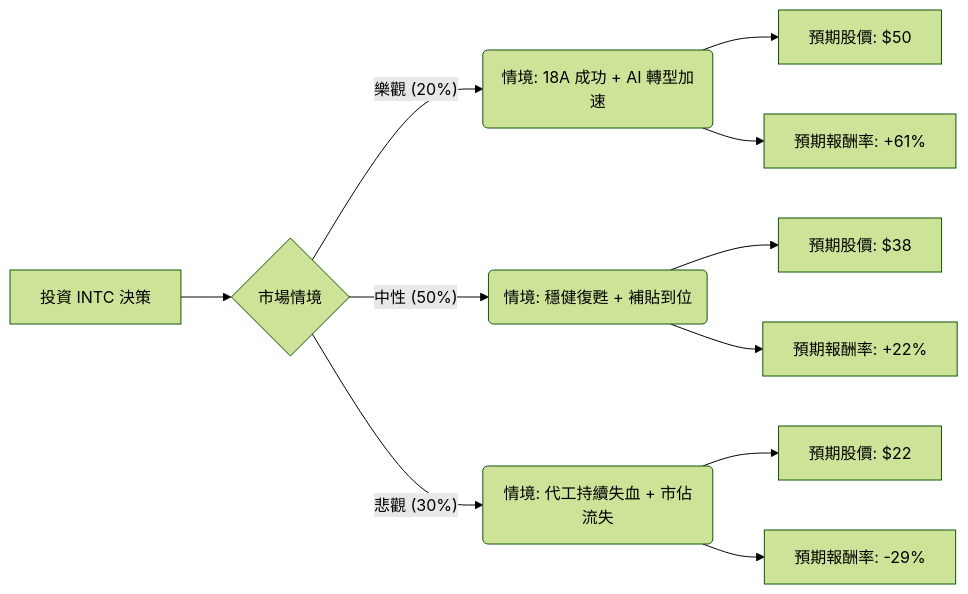
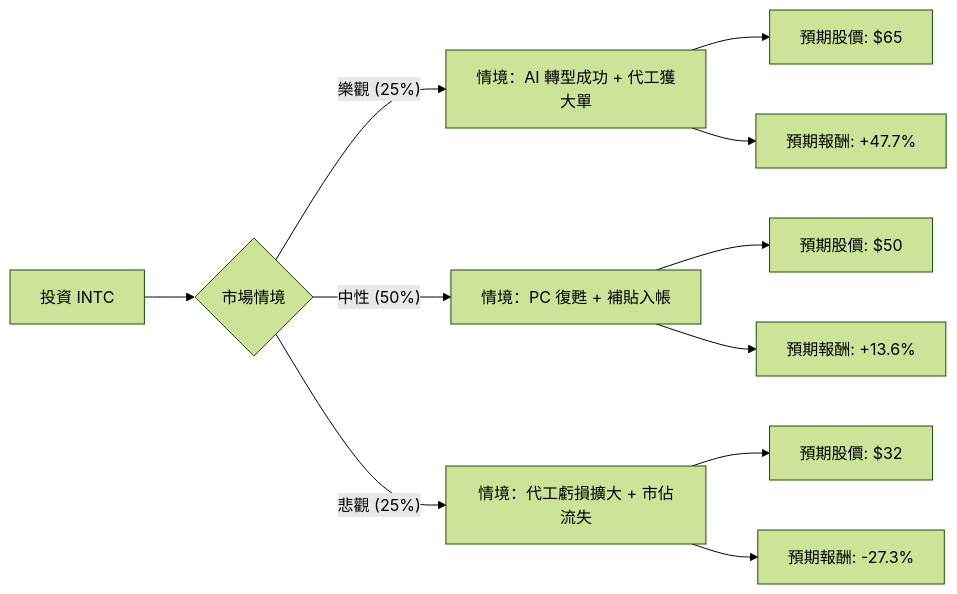
The diagram in plugin-react/ai-analysis/ev-analysis/INTC.md (zmcx16/zmcx16.github.io), drawn with Mermaid (forest theme) before and after one commit. The commit also changed other lines of this file and 80 other files, not shown here.

````diff
--- a/plugin-react/ai-analysis/ev-analysis/INTC.md
+++ b/plugin-react/ai-analysis/ev-analysis/INTC.md
@@ -18,16 +19,16 @@
 ```mermaid
 graph LR
-    A[投資 INTC 決策] --> B{市場情境}
+    A[投資 INTC] --> B{市場情境}
     
-    B -- 樂觀 (20%) --> C(情境: 18A 成功 + AI 轉型加速)
-    C --> C1[預期股價: $50]
-    C --> C2[預期報酬率: +61%]
+    B -- 樂觀 (25%) --> C[情境：AI 轉型成功 + 代工獲大單]
+    C --> C1[預期股價: $65]
+    C --> C2[預期報酬: +47.7%]
     
-    B -- 中性 (50%) --> D(情境: 穩健復甦 + 補貼到位)
-    D --> D1[預期股價: $38]
-    D --> D2[預期報酬率: +22%]
+    B -- 中性 (50%) --> D[情境：PC 復甦 + 補貼入帳]
+    D --> D1[預期股價: $50]
+    D --> D2[預期報酬: +13.6%]
     
-    B -- 悲觀 (30%) --> E(情境: 代工持續失血 + 市佔流失)
-    E --> E1[預期股價: $22]
-    E --> E2[預期報酬率: -29%]
+    B -- 悲觀 (25%) --> E[情境：代工虧損擴大 + 市佔流失]
+    E --> E1[預期股價: $32]
+    E --> E2[預期報酬: -27.3%]
 ```
````
